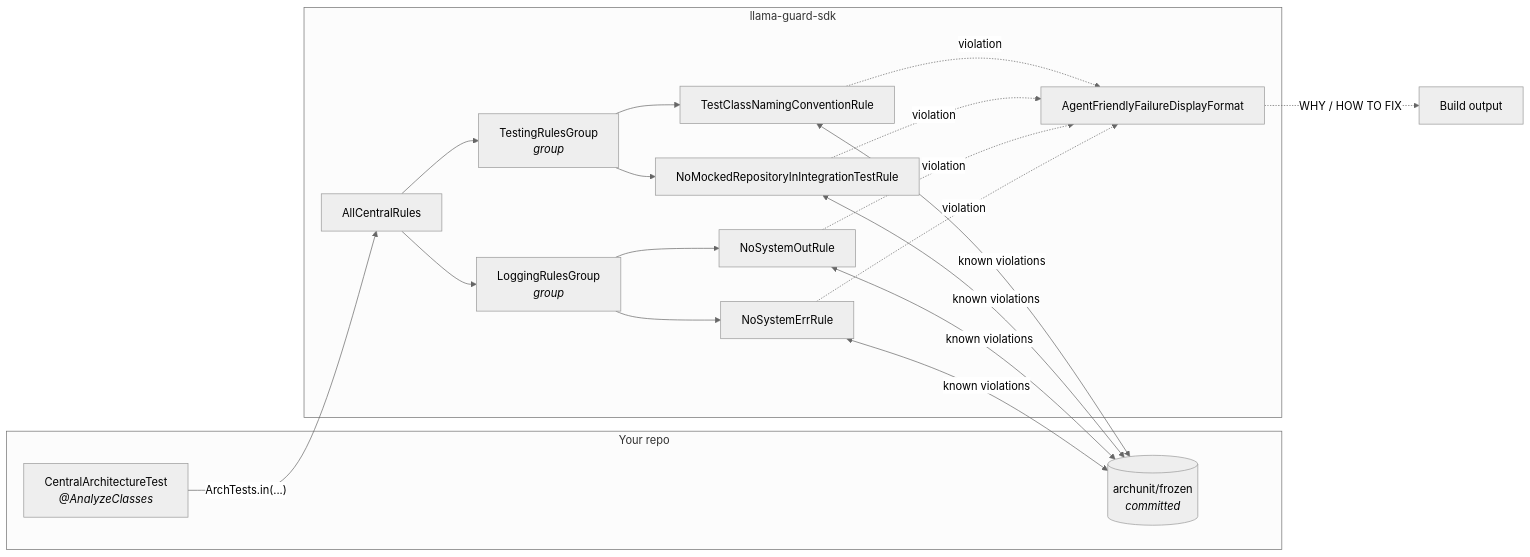
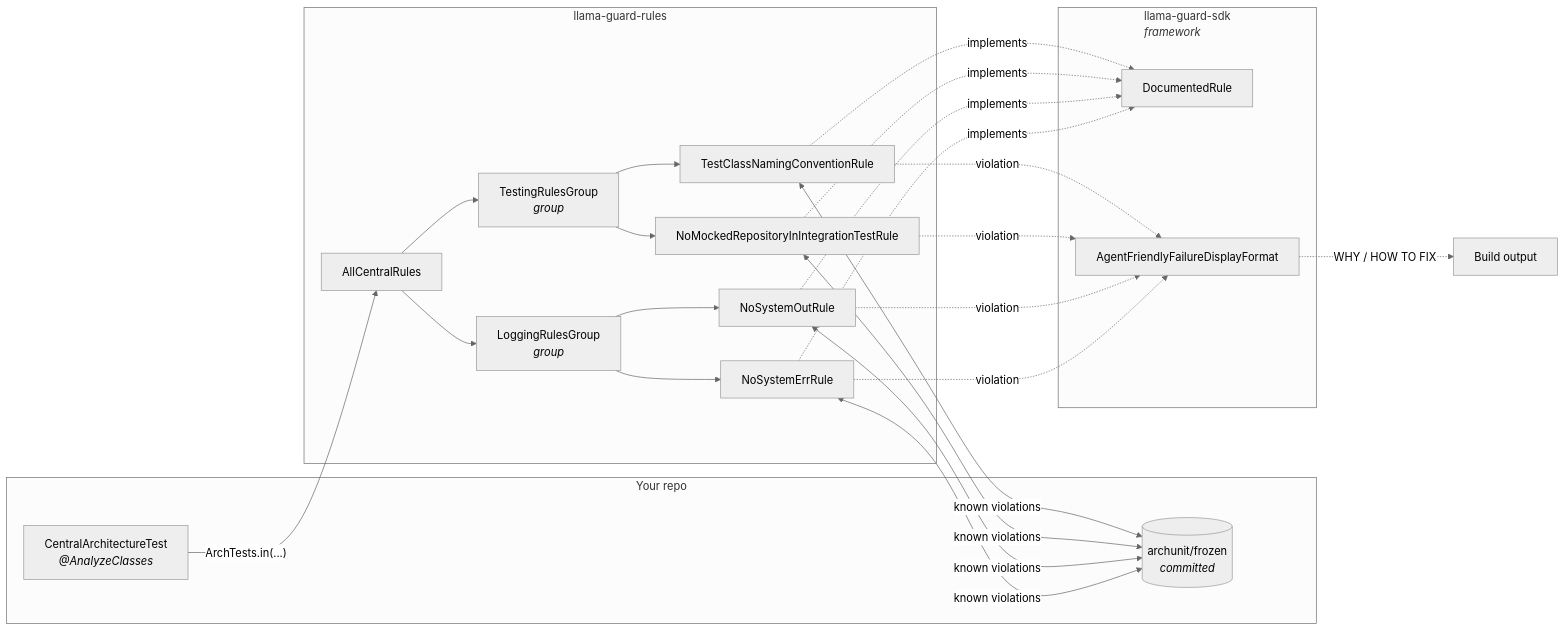
The first of 2 diagrams in README.md (MilczekT1/Corral), drawn with Mermaid (neutral theme) before and after one commit. The commit also changed other lines of this file and 54 other files, not shown here.

Commit message:
refactor: Split the rule catalog out of the SDK into llama-guard-rules (#7)

````diff
--- a/README.md
+++ b/README.md
@@ -19,29 +19,34 @@
 ```mermaid
 flowchart LR
     subgraph consumer["Your repo"]
         CT["CentralArchitectureTest<br/><i>@AnalyzeClasses</i>"]
         STORE[("archunit/frozen<br/><i>committed</i>")]
     end
 
-    subgraph lib["llama-guard-sdk"]
+    subgraph rules["llama-guard-rules"]
         ACR["AllCentralRules"]
         TG["TestingRulesGroup<br/><i>group</i>"]
         LG["LoggingRulesGroup<br/><i>group</i>"]
         R1["TestClassNamingConventionRule"]
         R2["NoMockedRepositoryInIntegrationTestRule"]
         R3["NoSystemOutRule"]
         R4["NoSystemErrRule"]
+    end
+
+    subgraph sdk["llama-guard-sdk<br/><i>framework</i>"]
+        DR["DocumentedRule"]
         FMT["AgentFriendlyFailureDisplayFormat"]
     end
 
     CT -->|"ArchTests.in(...)"| ACR
     ACR --> TG
     ACR --> LG
     TG --> R1
     TG --> R2
     LG --> R3
     LG --> R4
+    R1 & R2 & R3 & R4 -.->|"implements"| DR
     R1 & R2 & R3 & R4 -.->|"violation"| FMT
     FMT -.->|"WHY / HOW TO FIX"| OUT["Build output"]
     R1 & R2 & R3 & R4 <-->|"known violations"| STORE
 ```
````
